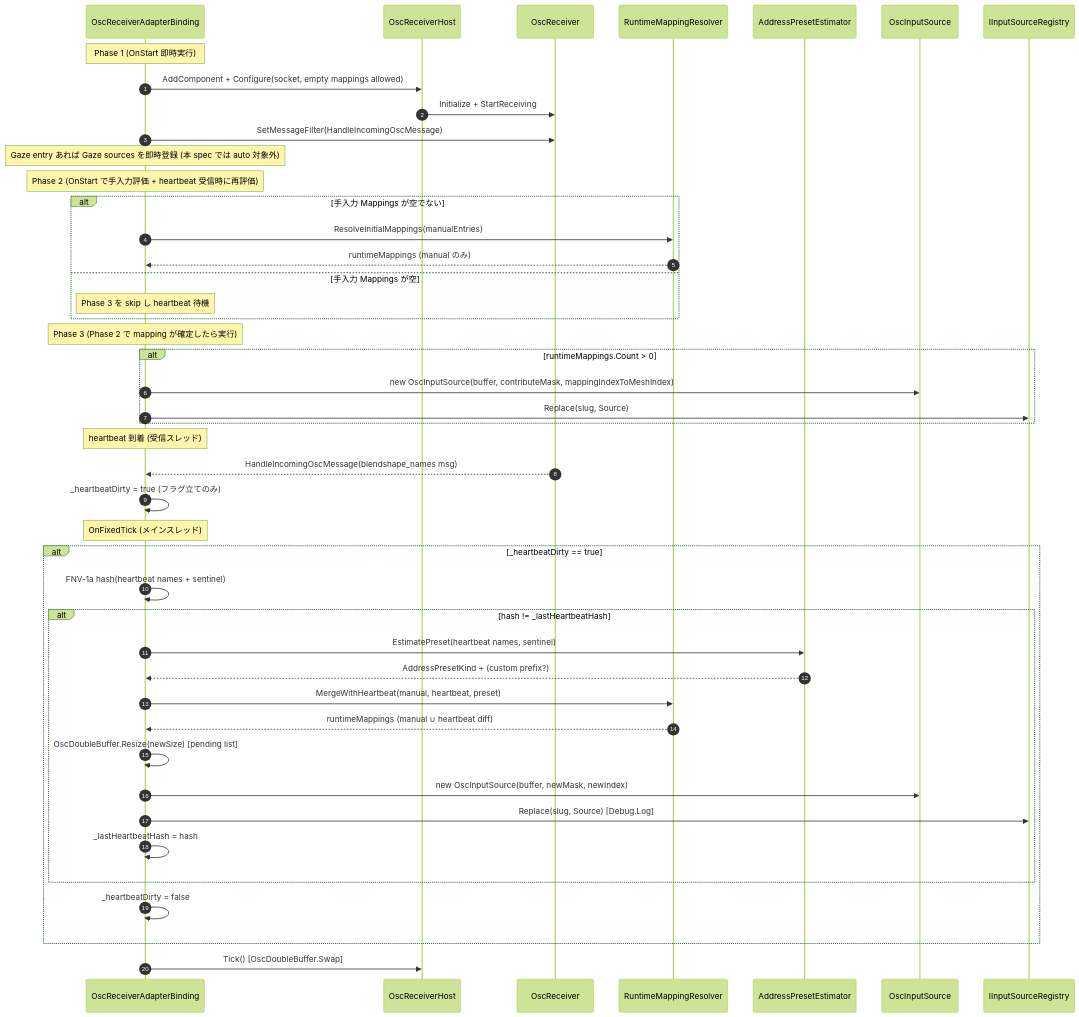
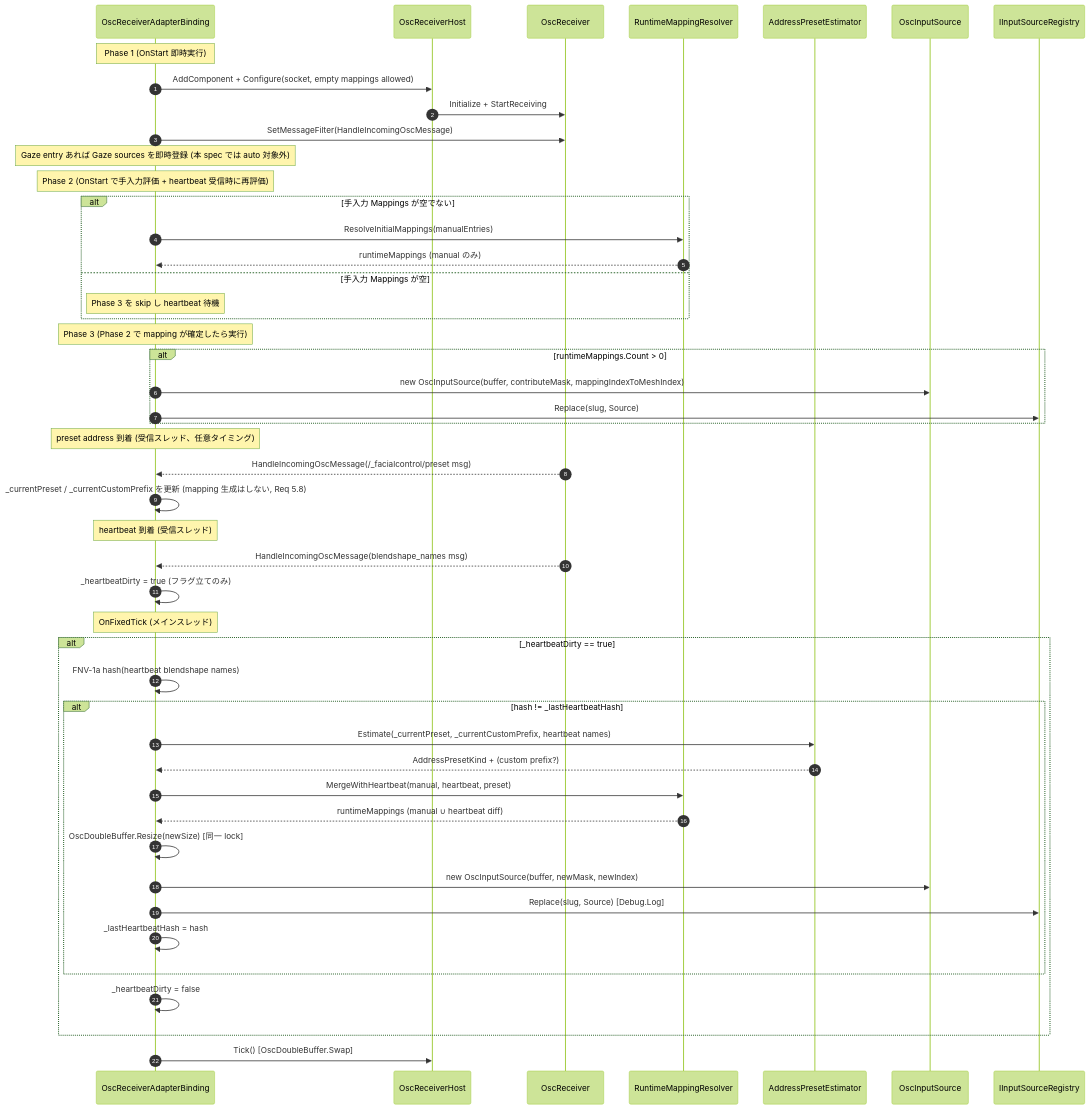
The second of 3 diagrams in .kiro/specs/osc-receiver-auto-mapping/design.md (UNVGI/UnvgiFacialControl), drawn with Mermaid (forest theme) before and after one commit. The commit also changed other lines of this file and 4 other files, not shown here.

````diff
--- a/.kiro/specs/osc-receiver-auto-mapping/design.md
+++ b/.kiro/specs/osc-receiver-auto-mapping/design.md
@@ -240,52 +245,56 @@
 ```mermaid
 sequenceDiagram
     autonumber
     participant Binding as OscReceiverAdapterBinding
     participant Host as OscReceiverHost
     participant Receiver as OscReceiver
     participant Resolver as RuntimeMappingResolver
     participant Estimator as AddressPresetEstimator
     participant Source as OscInputSource
     participant Registry as IInputSourceRegistry
 
     Note over Binding: Phase 1 (OnStart 即時実行)
     Binding->>Host: AddComponent + Configure(socket, empty mappings allowed)
     Host->>Receiver: Initialize + StartReceiving
     Binding->>Receiver: SetMessageFilter(HandleIncomingOscMessage)
     Note over Binding: Gaze entry あれば Gaze sources を即時登録 (本 spec では auto 対象外)
 
     Note over Binding: Phase 2 (OnStart で手入力評価 + heartbeat 受信時に再評価)
     alt 手入力 Mappings が空でない
         Binding->>Resolver: ResolveInitialMappings(manualEntries)
         Resolver-->>Binding: runtimeMappings (manual のみ)
     else 手入力 Mappings が空
         Note over Binding: Phase 3 を skip し heartbeat 待機
     end
 
     Note over Binding: Phase 3 (Phase 2 で mapping が確定したら実行)
     alt runtimeMappings.Count > 0
         Binding->>Source: new OscInputSource(buffer, contributeMask, mappingIndexToMeshIndex)
         Binding->>Registry: Replace(slug, Source)
     end
 
+    Note over Binding: preset address 到着 (受信スレッド、任意タイミング)
+    Receiver-->>Binding: HandleIncomingOscMessage(/_facialcontrol/preset msg)
+    Binding->>Binding: _currentPreset / _currentCustomPrefix を更新 (mapping 生成はしない, Req 5.8)
+
     Note over Binding: heartbeat 到着 (受信スレッド)
     Receiver-->>Binding: HandleIncomingOscMessage(blendshape_names msg)
     Binding->>Binding: _heartbeatDirty = true (フラグ立てのみ)
 
     Note over Binding: OnFixedTick (メインスレッド)
     alt _heartbeatDirty == true
-        Binding->>Binding: FNV-1a hash(heartbeat names + sentinel)
+        Binding->>Binding: FNV-1a hash(heartbeat blendshape names)
         alt hash != _lastHeartbeatHash
-            Binding->>Estimator: EstimatePreset(heartbeat names, sentinel)
+            Binding->>Estimator: Estimate(_currentPreset, _currentCustomPrefix, heartbeat names)
             Estimator-->>Binding: AddressPresetKind + (custom prefix?)
             Binding->>Resolver: MergeWithHeartbeat(manual, heartbeat, preset)
             Resolver-->>Binding: runtimeMappings (manual ∪ heartbeat diff)
-            Binding->>Binding: OscDoubleBuffer.Resize(newSize) [pending list]
+            Binding->>Binding: OscDoubleBuffer.Resize(newSize) [同一 lock]
             Binding->>Source: new OscInputSource(buffer, newMask, newIndex)
             Binding->>Registry: Replace(slug, Source)  [Debug.Log]
             Binding->>Binding: _lastHeartbeatHash = hash
         end
         Binding->>Binding: _heartbeatDirty = false
     end
     Binding->>Host: Tick() [OscDoubleBuffer.Swap]
 ```
````
